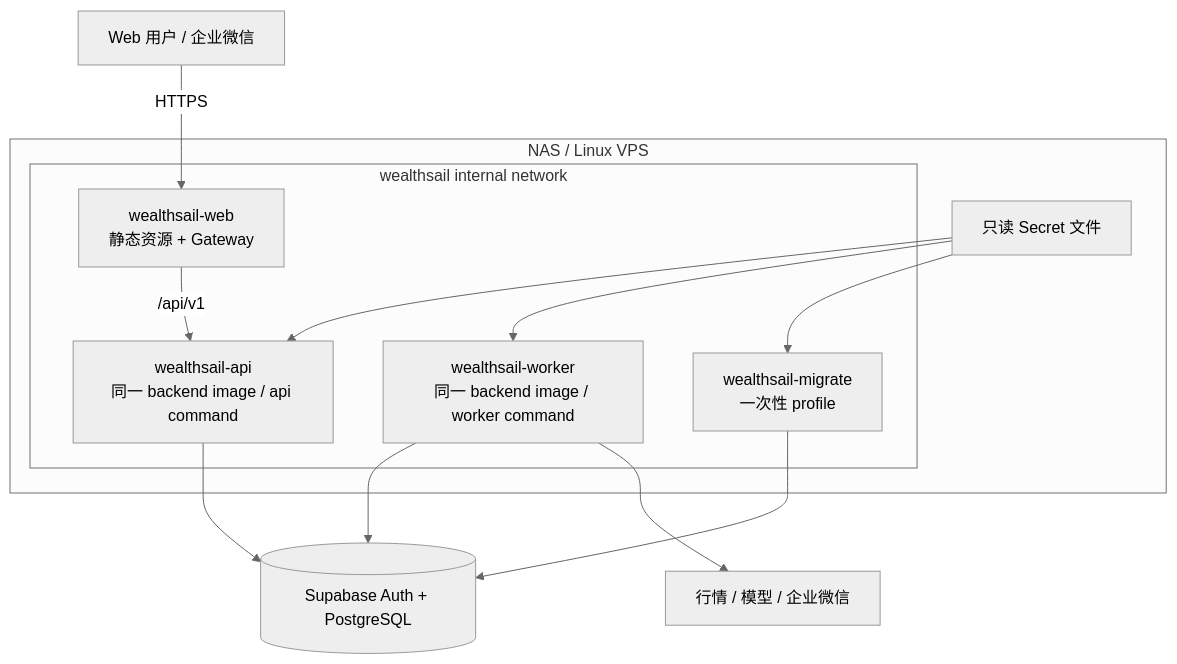
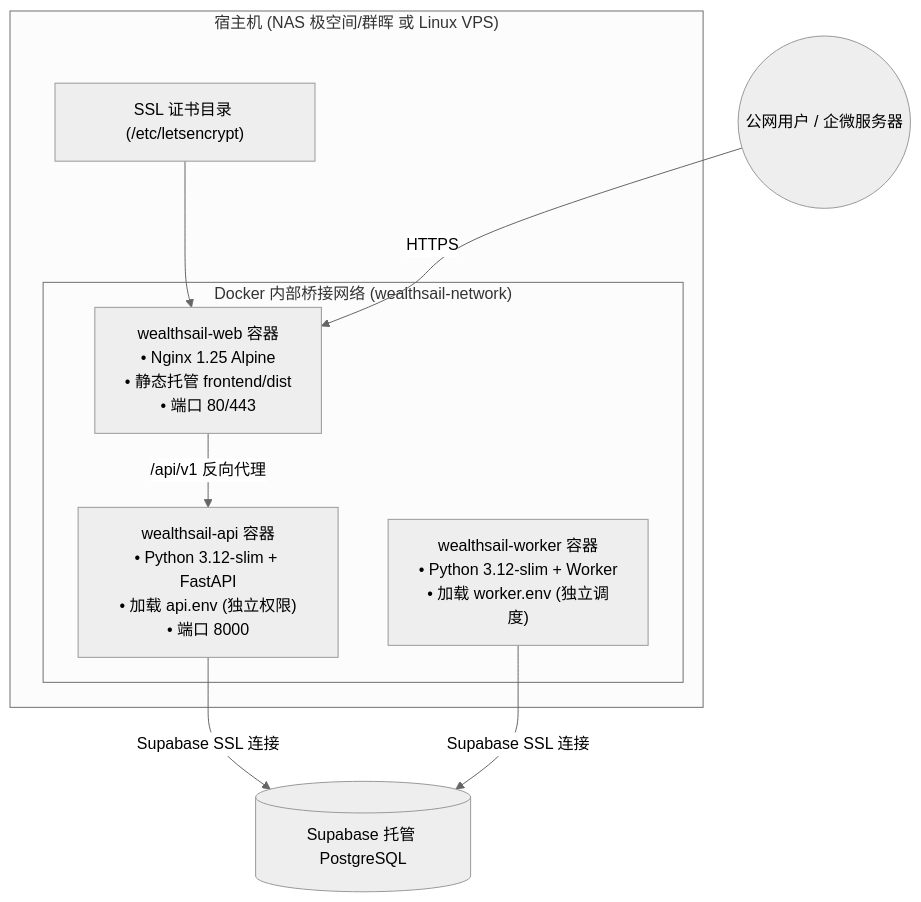
One commit to sinojelly/wealthsail changed the sixth of 6 diagrams in docs/10.WealthSail-MVP前后端实现与系统部署规范.md. Above: the diagram before and after it, drawn with Mermaid (neutral theme). The commit also changed other lines of this file, not shown here.

````diff
--- a/docs/10.WealthSail-MVP前后端实现与系统部署规范.md
+++ b/docs/10.WealthSail-MVP前后端实现与系统部署规范.md
@@ -762,21 +319,16 @@
 ```mermaid
 flowchart TB
-    subgraph Host["NAS / Linux VPS"]
-        subgraph Net["wealthsail internal network"]
-            Web["wealthsail-web<br/>静态资源 + Gateway"]
-            API["wealthsail-api<br/>同一 backend image / api command"]
-            Worker["wealthsail-worker<br/>同一 backend image / worker command"]
-            Migrate["wealthsail-migrate<br/>一次性 profile"]
+    subgraph Host["宿主机 (NAS 极空间/群晖 或 Linux VPS)"]
+        subgraph DockerNet["Docker 内部桥接网络 (wealthsail-network)"]
+            WebContainer["wealthsail-web 容器<br/>• Nginx 1.25 Alpine<br/>• 静态托管 frontend/dist<br/>• 端口 80/443"]
+            APIContainer["wealthsail-api 容器<br/>• Python 3.12-slim + FastAPI<br/>• 加载 api.env (独立权限)<br/>• 端口 8000"]
+            WorkerContainer["wealthsail-worker 容器<br/>• Python 3.12-slim + Worker<br/>• 加载 worker.env (独立调度)"]
         end
-        Secrets["只读 Secret 文件"] --> API
-        Secrets --> Worker
-        Secrets --> Migrate
+        SSLVol["SSL 证书目录 (/etc/letsencrypt)"] --> WebContainer
     end
 
-    Internet["Web 用户 / 企业微信"] -->|HTTPS| Web
-    Web -->|/api/v1| API
-    API --> Supabase[("Supabase Auth + PostgreSQL")]
-    Worker --> Supabase
-    Migrate --> Supabase
-    Worker --> External["行情 / 模型 / 企业微信"]
+    Internet(("公网用户 / 企微服务器")) -->|HTTPS| WebContainer
+    WebContainer -->|/api/v1 反向代理| APIContainer
+    APIContainer -->|Supabase SSL 连接| SupabaseCloud[("Supabase 托管 PostgreSQL")]
+    WorkerContainer -->|Supabase SSL 连接| SupabaseCloud
 ```
````
